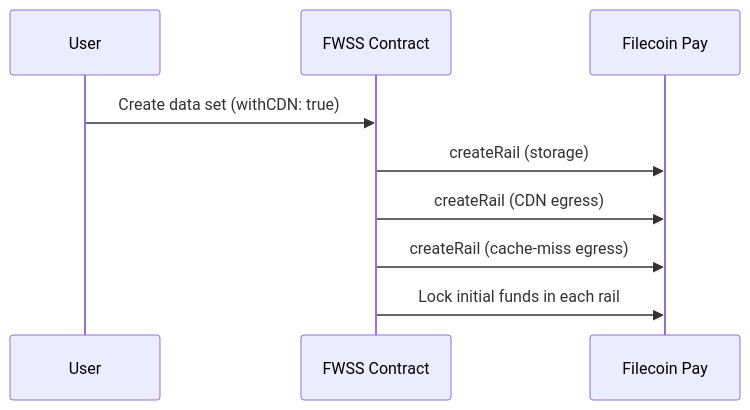
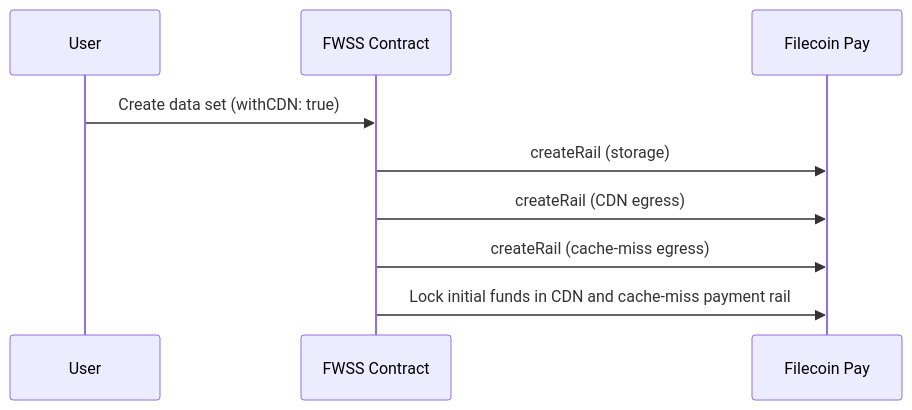
One commit to filbeam/docs changed the third of 5 diagrams in reference/payment-rails.md. Above: the diagram before and after it, drawn with Mermaid. The commit also changed other lines of this file and 5 other files, not shown here.

````diff
--- a/reference/payment-rails.md
+++ b/reference/payment-rails.md
@@ -104,12 +104,12 @@
 ```mermaid
 sequenceDiagram
     participant User
     participant FWSS as FWSS Contract
     participant FP as Filecoin Pay
 
     User->>FWSS: Create data set (withCDN: true)
     FWSS->>FP: createRail (storage)
     FWSS->>FP: createRail (CDN egress)
     FWSS->>FP: createRail (cache-miss egress)
-    FWSS->>FP: Lock initial funds in each rail
+    FWSS->>FP: Lock initial funds in CDN and cache-miss payment rail
 ```
````
